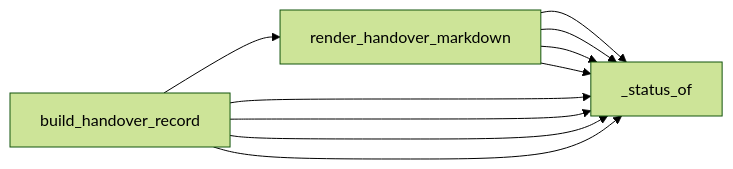
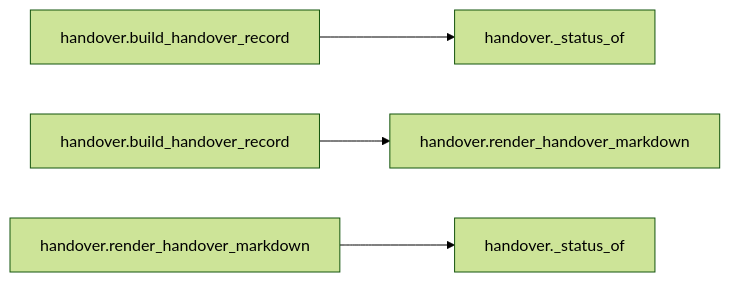
The first of 2 diagrams in docs/api/modules/handover.md (Voycepeh/FabricOps-Starter-Kit), drawn with Mermaid (forest theme) before and after one commit. The commit also changed other lines of this file and 14 other files, not shown here.

Commit message:
Polish dependency graph rendering and module docs UX

````diff
--- a/docs/api/modules/handover.md
+++ b/docs/api/modules/handover.md
@@ -34,12 +32,6 @@
 ```mermaid
 flowchart LR
-  render_handover_markdown --> _status_of
-  render_handover_markdown --> _status_of
-  render_handover_markdown --> _status_of
-  render_handover_markdown --> _status_of
-  build_handover_record --> _status_of
-  build_handover_record --> _status_of
-  build_handover_record --> _status_of
-  build_handover_record --> _status_of
-  build_handover_record --> render_handover_markdown
+  n1["handover.build_handover_record"] --> n1b["handover._status_of"]
+  n2["handover.build_handover_record"] --> n2b["handover.render_handover_markdown"]
+  n3["handover.render_handover_markdown"] --> n3b["handover._status_of"]
 ```
````
